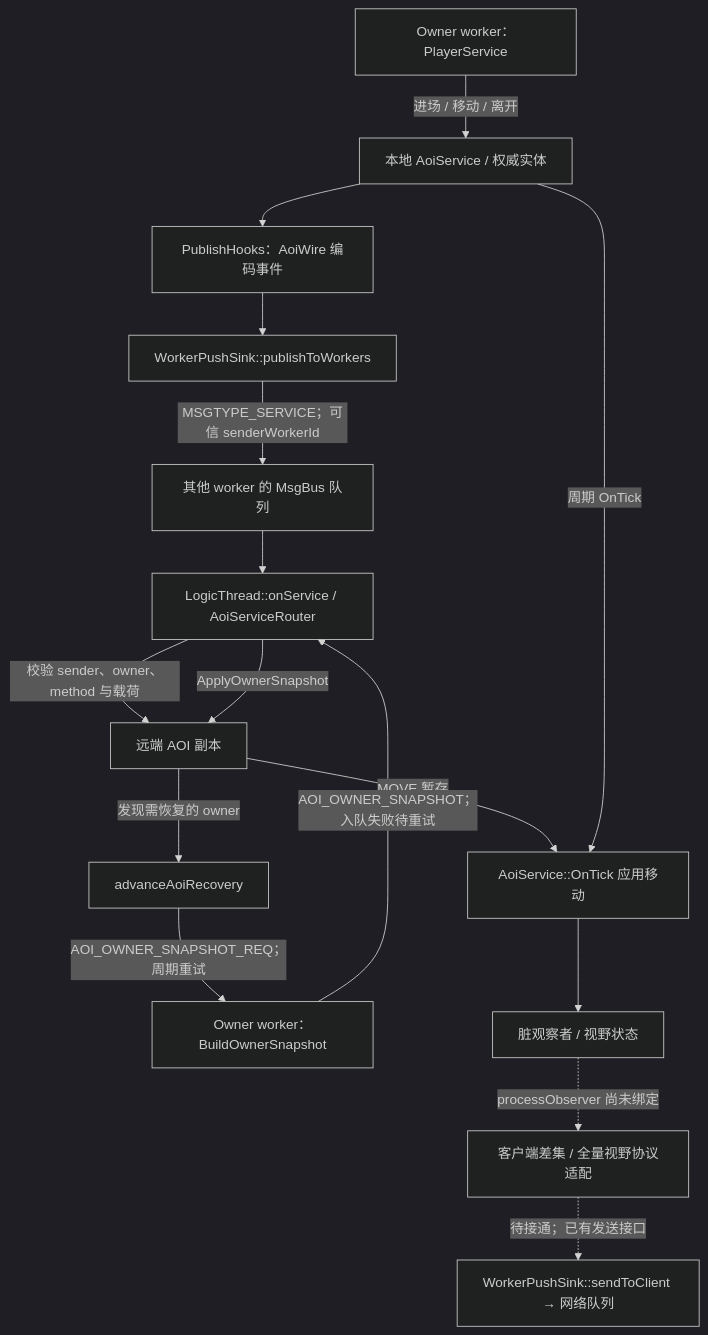
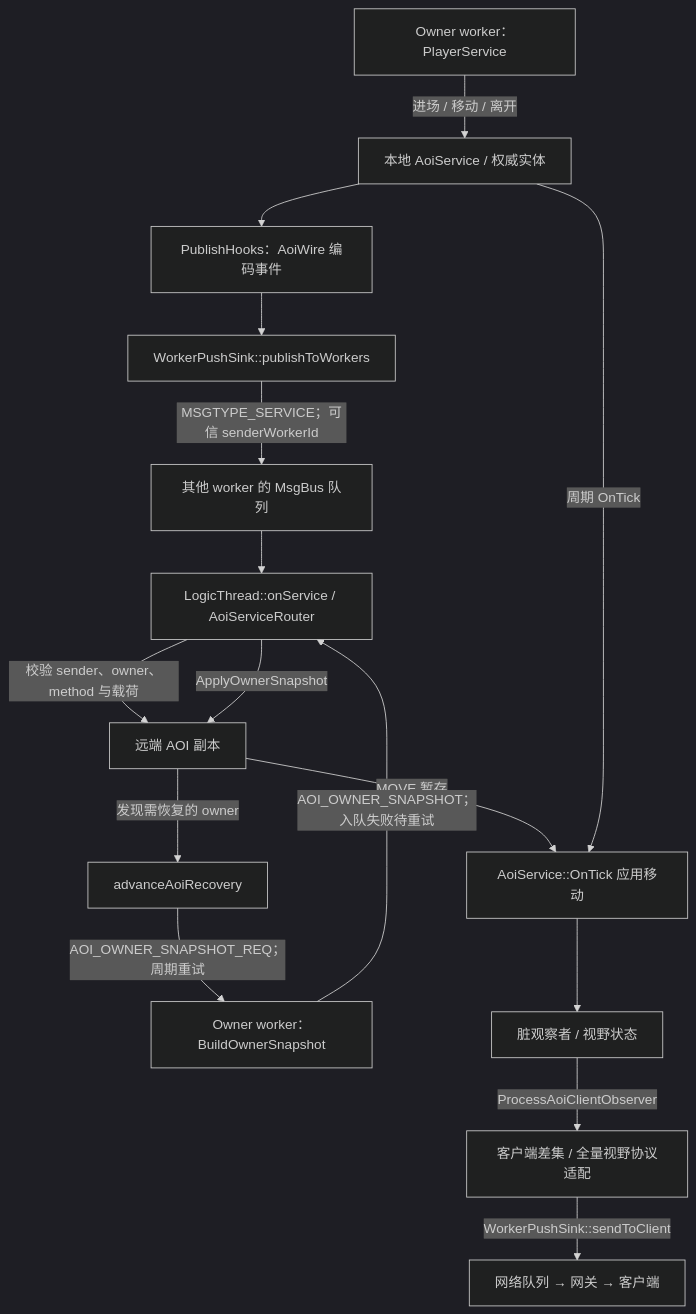
The eighth of 8 diagrams in Zone/sceneServer/README.md (MuQingCi/MMORPG-GameServer), drawn with Mermaid (dark theme) before and after one commit. The commit also changed other lines of this file and 100 other files, not shown here.

````diff
--- a/Zone/sceneServer/README.md
+++ b/Zone/sceneServer/README.md
@@ -345,18 +358,18 @@
 ```mermaid
 flowchart TD
     P[Owner worker：PlayerService] -->|进场 / 移动 / 离开| A[本地 AoiService / 权威实体]
     A --> E[PublishHooks：AoiWire 编码事件]
     E --> S[WorkerPushSink::publishToWorkers]
     S -->|MSGTYPE_SERVICE；可信 senderWorkerId| Q[其他 worker 的 MsgBus 队列]
     Q --> R[LogicThread::onService / AoiServiceRouter]
     R -->|校验 sender、owner、method 与载荷| V[远端 AOI 副本]
     V -->|MOVE 暂存| T[AoiService::OnTick 应用移动]
     A -->|周期 OnTick| T
     V -->|发现需恢复的 owner| K[advanceAoiRecovery]
     K -->|AOI_OWNER_SNAPSHOT_REQ；周期重试| O[Owner worker：BuildOwnerSnapshot]
     O -->|AOI_OWNER_SNAPSHOT；入队失败待重试| R
     R -->|ApplyOwnerSnapshot| V
     T --> W[脏观察者 / 视野状态]
-    W -.->|processObserver 尚未绑定| C[客户端差集 / 全量视野协议适配]
-    C -.->|待接通；已有发送接口| N[WorkerPushSink::sendToClient → 网络队列]
+    W -->|ProcessAoiClientObserver| C[客户端差集 / 全量视野协议适配]
+    C -->|WorkerPushSink::sendToClient| N[网络队列 → 网关 → 客户端]
 ```
````
